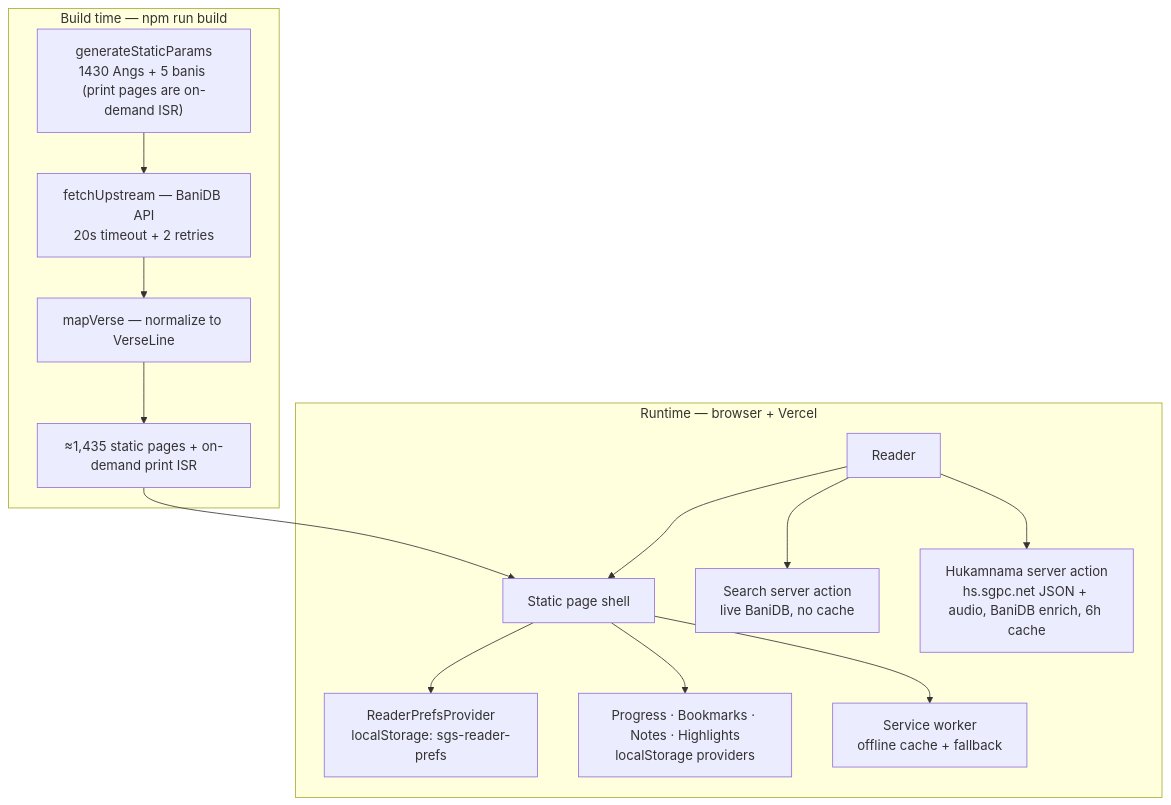
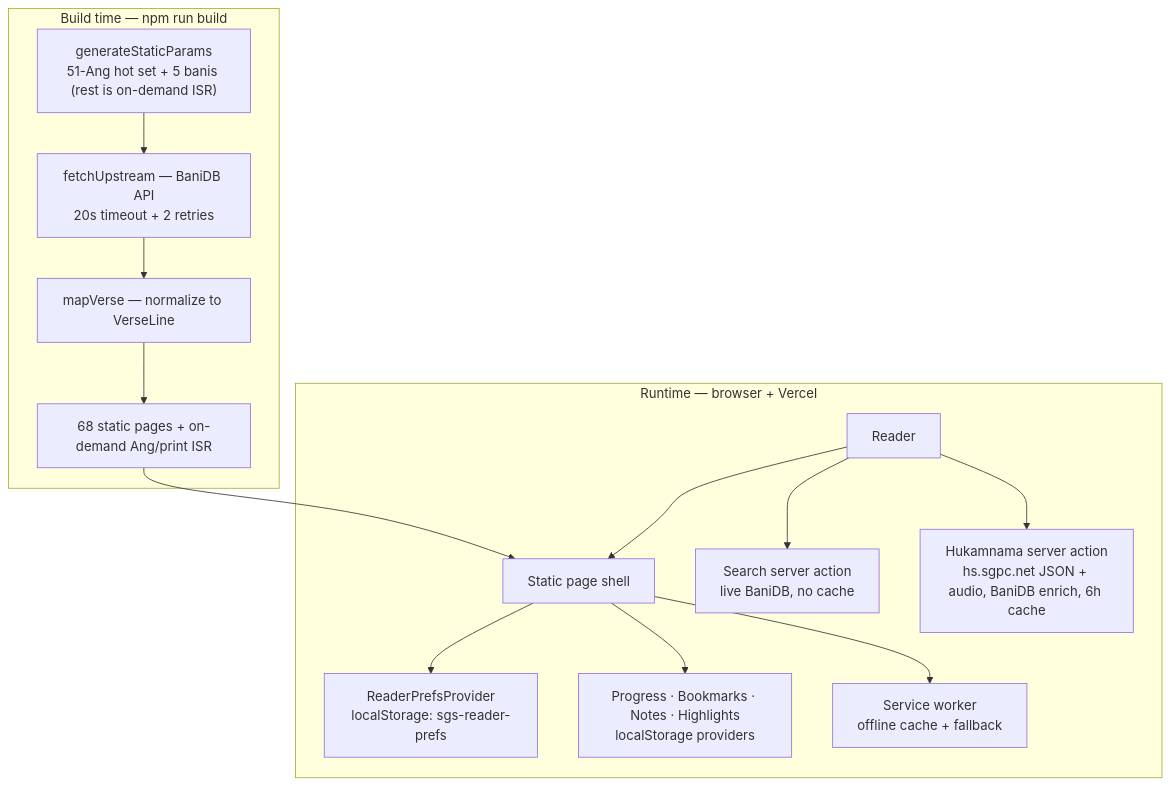
One commit to mithun-srinivasan/sggs changed the first of 5 diagrams in README.md. Above: the diagram before and after it, drawn with Mermaid. The commit also changed other lines of this file and 5 other files, not shown here.

Commit message:
Cut deployment storage: hot-set ISR for Angs, on-demand ISR for print

````diff
--- a/README.md
+++ b/README.md
@@ -38,26 +38,26 @@
 ```mermaid
 flowchart TD
     subgraph BUILD["Build time — npm run build"]
-        GEN["generateStaticParams<br/>1430 Angs + 5 banis (print pages are on-demand ISR)"]
+        GEN["generateStaticParams<br/>51-Ang hot set + 5 banis (rest is on-demand ISR)"]
         FETCH["fetchUpstream — BaniDB API<br/>20s timeout + 2 retries"]
         MAP["mapVerse — normalize to VerseLine"]
-        HTML["≈1,435 static pages + on-demand print ISR"]
+        HTML["68 static pages + on-demand Ang/print ISR"]
         GEN --> FETCH --> MAP --> HTML
     end
     subgraph RUNTIME["Runtime — browser + Vercel"]
         USER["Reader"]
         STATIC["Static page shell"]
         PREFS["ReaderPrefsProvider<br/>localStorage: sgs-reader-prefs"]
         DATA["Progress · Bookmarks · Notes · Highlights<br/>localStorage providers"]
         SEARCH["Search server action<br/>live BaniDB, no cache"]
         HUKAM["Hukamnama server action<br/>hs.sgpc.net JSON + audio, BaniDB enrich, 6h cache"]
         SW["Service worker<br/>offline cache + fallback"]
         USER --> STATIC
         STATIC --> PREFS
         STATIC --> DATA
         USER --> SEARCH
         USER --> HUKAM
         STATIC --> SW
     end
     HTML --> STATIC
 ```
````
